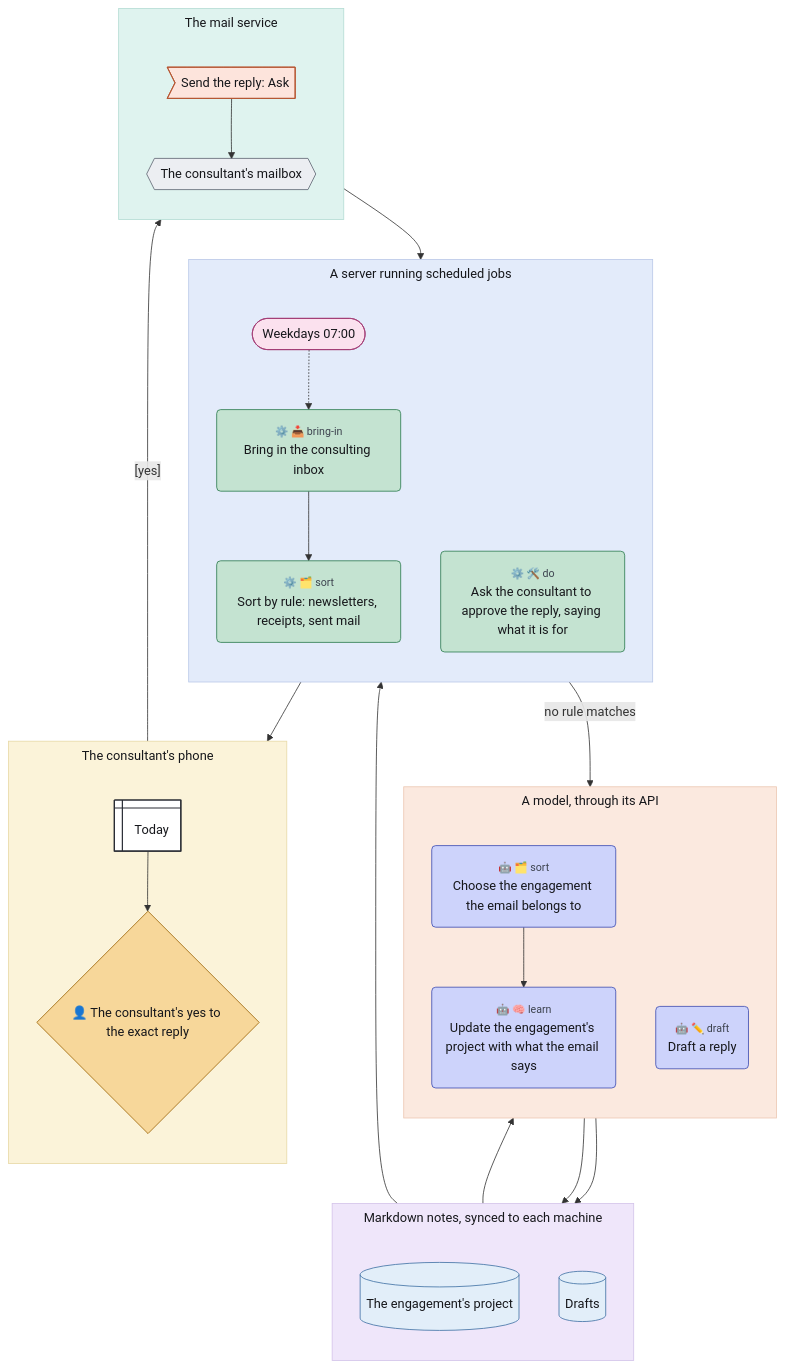
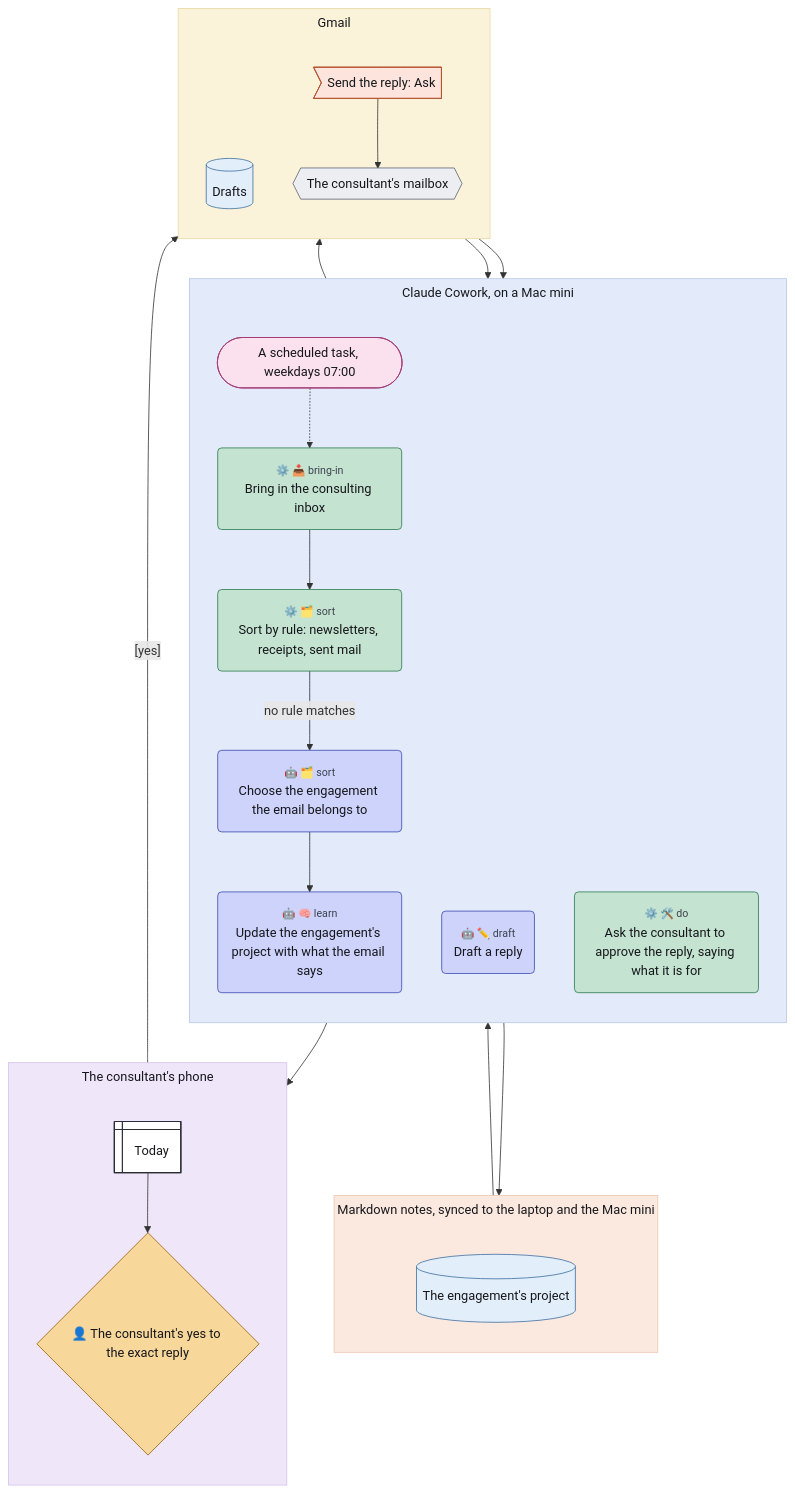
One commit to chrismdp/awml changed the diagram in examples/client-email-where.mmd. Above: the diagram before and after it, drawn with Mermaid. The commit also changed 4 other files, not shown here.

```diff
--- a/examples/client-email-where.mmd
+++ b/examples/client-email-where.mmd
@@ -1,75 +1,71 @@
 ---
 config:
   theme: default
   flowchart:
     useMaxWidth: false
     subGraphTitleMargin:
       top: 6
       bottom: 30
 ---
 flowchart TB
-  subgraph server["A server running scheduled jobs"]
+  subgraph cowork["Claude Cowork, on a Mac mini"]
     direction TB
-    weekdays(["Weekdays 07:00"])
+    weekdays(["A scheduled task, weekdays 07:00"])
     bring("<small style='color:#3d434f'>⚙️ 📥 bring-in</small><br>Bring in the consulting inbox")
     rules("<small style='color:#3d434f'>⚙️ 🗂️ sort</small><br>Sort by rule: newsletters, receipts, sent mail")
-    ask("<small style='color:#3d434f'>⚙️ 🛠️ do</small><br>Ask the consultant to approve the reply, saying what it is for")
-  end
-  subgraph model["A model, through its API"]
-    direction TB
     choose("<small style='color:#3d434f'>🤖 🗂️ sort</small><br>Choose the engagement the email belongs to")
     learn("<small style='color:#3d434f'>🤖 🧠 learn</small><br>Update the engagement's project with what the email says")
     draft("<small style='color:#3d434f'>🤖 ✏️ draft</small><br>Draft a reply")
+    ask("<small style='color:#3d434f'>⚙️ 🛠️ do</small><br>Ask the consultant to approve the reply, saying what it is for")
   end
-  subgraph files["Markdown notes, synced to each machine"]
+  subgraph files["Markdown notes, synced to the laptop and the Mac mini"]
     direction TB
     project[("The engagement's project")]
-    drafts[("Drafts")]
   end
   subgraph phone["The consultant's phone"]
     direction TB
     today@{ shape: win-pane, label: "Today" }
     approve{"👤 The consultant's yes to the exact reply"}
   end
-  subgraph mailservice["The mail service"]
+  subgraph gmail["Gmail"]
     direction TB
+    drafts[("Drafts")]
     mailbox{{"The consultant's mailbox"}}
     send>"Send the reply: Ask"]
   end
 
   weekdays -.-> bring
   mailbox --> bring
   bring --> rules
   rules -->|"no rule matches"| choose
   choose --> learn
   learn --> project
   project --> draft
   draft --> drafts
   drafts --> ask
   ask --> today
   today --> approve
   approve -->|"[yes]"| send
   send --> mailbox
   classDef trig fill:#fbe1ee,stroke:#a33a74,color:#16171b
   classDef ctx fill:#e2eef9,stroke:#3d6fa3,color:#16171b
   classDef con fill:#eceef2,stroke:#5d6472,color:#16171b
   classDef surf fill:#ffffff,stroke:#2a2d35,stroke-width:1.5px,color:#16171b
   classDef out fill:#fde4dc,stroke:#b5532f,color:#16171b
   classDef ai fill:#cdd3fb,stroke:#3b4bb0,color:#16171b
   classDef rule fill:#c4e3d1,stroke:#2b7a4f,color:#16171b
   classDef human fill:#f7d79a,stroke:#9a6100,color:#16171b
   classDef uml fill:#16171b,stroke:#16171b,color:#16171b
   classDef gap fill:#ffffff,stroke:#8a93a3,stroke-dasharray:4 3,color:#6b7280
   class weekdays trig
   class project,drafts ctx
   class mailbox con
   class today surf
   class send out
   class choose,learn,draft ai
   class bring,rules,ask rule
   class approve human
-  style server fill:#e3ebfa,stroke:#b9c8e8,color:#16171b
-  style model fill:#fbe9df,stroke:#ecc7b2,color:#16171b
-  style files fill:#efe6fa,stroke:#d3c2ea,color:#16171b
-  style phone fill:#fbf3d9,stroke:#e8d9a6,color:#16171b
-  style mailservice fill:#dff3ef,stroke:#b4ddd4,color:#16171b
+  style cowork fill:#e3ebfa,stroke:#b9c8e8,color:#16171b
+  style files fill:#fbe9df,stroke:#ecc7b2,color:#16171b
+  style phone fill:#efe6fa,stroke:#d3c2ea,color:#16171b
+  style gmail fill:#fbf3d9,stroke:#e8d9a6,color:#16171b
```
